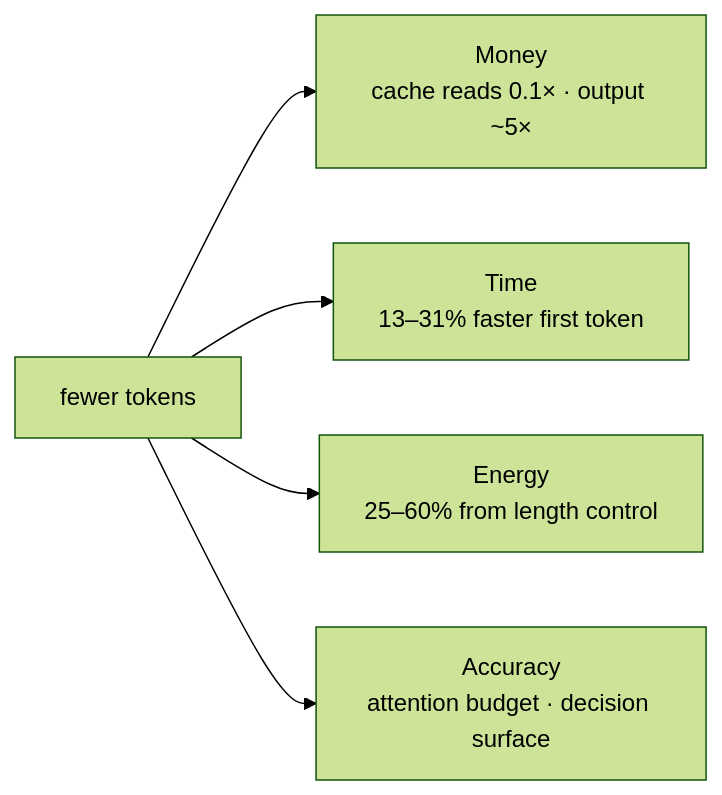
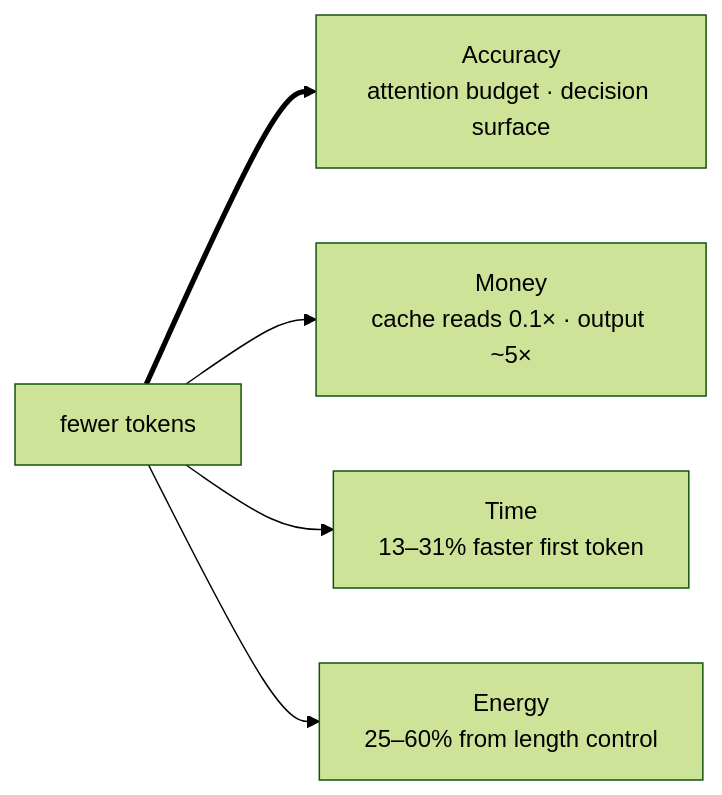
The first of 3 diagrams in README.md (ranjithrajv/awesome-token-minimalism), drawn with Mermaid (forest theme) before and after one commit. The commit also changed other lines of this file, not shown here.

First line of the commit message:
README: make accuracy the primary gain, not the fourth

````diff
--- a/README.md
+++ b/README.md
@@ -99,8 +102,8 @@
 ```mermaid
 flowchart LR
     T["fewer tokens"]
+    T ==> A["Accuracy<br/>attention budget · decision surface"]
     T --> M["Money<br/>cache reads 0.1× · output ~5×"]
     T --> W["Time<br/>13–31% faster first token"]
     T --> E["Energy<br/>25–60% from length control"]
-    T --> A["Accuracy<br/>attention budget · decision surface"]
 ```
````
